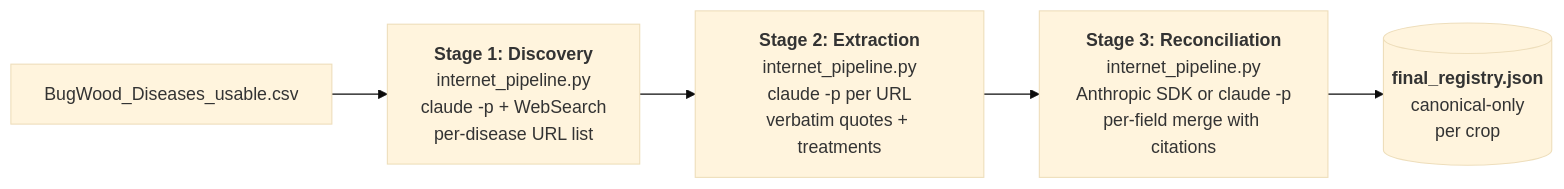
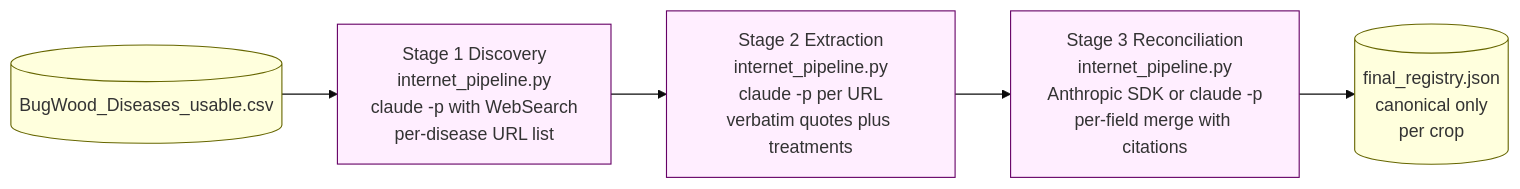
Before and after one commit to tirtho149/PlantSwarm: the second of 6 diagrams in FLOW.md, drawn with Mermaid (base theme). The commit also changed other lines of this file, not shown here.

First line of the commit message:
FLOW.md — submission-ready diagrams (Mermaid render-safe)

````diff
--- a/FLOW.md
+++ b/FLOW.md
@@ -70,10 +75,15 @@
 ```mermaid
 flowchart LR
-    CSV[BugWood_Diseases_usable.csv]
-    D[<b>Stage 1: Discovery</b><br/>internet_pipeline.py<br/>claude -p + WebSearch<br/>per-disease URL list]
-    E[<b>Stage 2: Extraction</b><br/>internet_pipeline.py<br/>claude -p per URL<br/>verbatim quotes + treatments]
-    R[<b>Stage 3: Reconciliation</b><br/>internet_pipeline.py<br/>Anthropic SDK or claude -p<br/>per-field merge with citations]
-    REG[(<b>final_registry.json</b><br/>canonical-only<br/>per crop)]
+    CSV[(BugWood_Diseases_usable.csv)]
+    D[Stage 1 Discovery<br/>internet_pipeline.py<br/>claude -p with WebSearch<br/>per-disease URL list]
+    E[Stage 2 Extraction<br/>internet_pipeline.py<br/>claude -p per URL<br/>verbatim quotes plus treatments]
+    R[Stage 3 Reconciliation<br/>internet_pipeline.py<br/>Anthropic SDK or claude -p<br/>per-field merge with citations]
+    REG[(final_registry.json<br/>canonical only<br/>per crop)]
 
     CSV --> D --> E --> R --> REG
+
+    classDef claude fill:#fef,stroke:#606,stroke-width:1px
+    classDef file fill:#ffd,stroke:#660,stroke-width:1px
+    class D,E,R claude
+    class CSV,REG file
 ```
````
